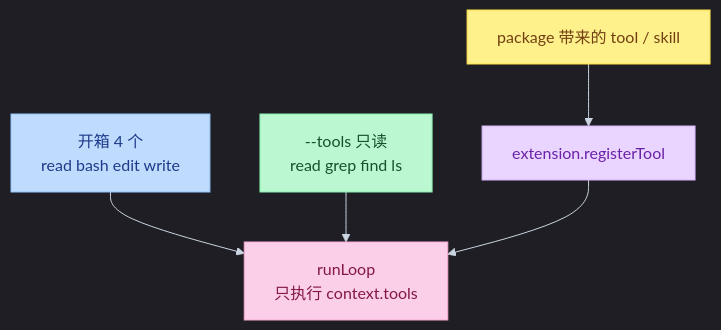
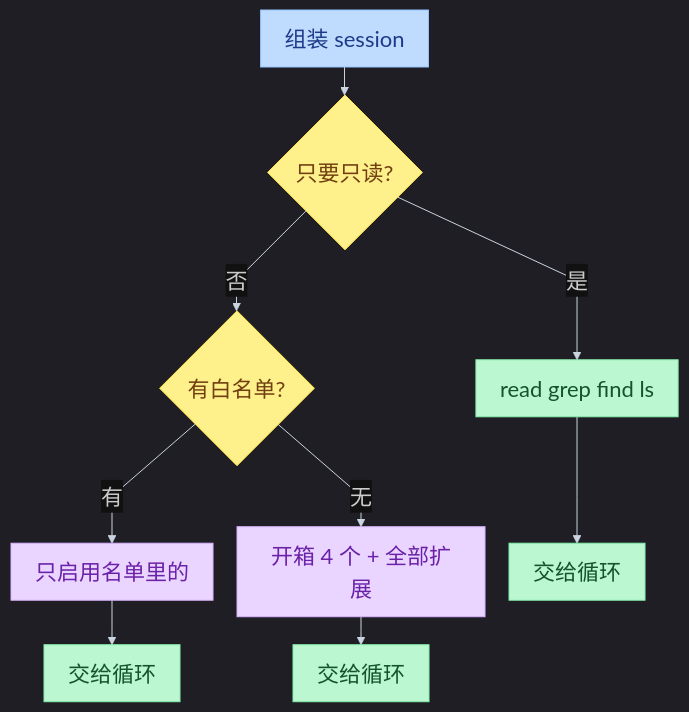
One commit to juliepy/AI-Engineer-from-scrach changed the first of 2 diagrams in 13-pi-agent/07-Capability.md. Above: the diagram before and after it, drawn with Mermaid. The commit also changed other lines of this file and 4 other files, not shown here.

Commit message:
Rewrite Pi sessions through Interactive notes around source call traces and three-layer diagrams.

````diff
--- a/13-pi-agent/07-Capability.md
+++ b/13-pi-agent/07-Capability.md
@@ -29,26 +77,24 @@
 ```mermaid
-%%{init: {"theme": "dark", "themeVariables": {"fontSize": "16px", "background": "#000000", "lineColor": "#CBD5E1", "clusterBkg": "#111111", "clusterBorder": "#C4B5FD", "titleColor": "#FDE68A", "edgeLabelBackground": "#111111"}}}%%
+%%{init: {"theme": "dark", "flowchart": {"curve": "linear", "rankSpacing": 28, "nodeSpacing": 24, "padding": 12, "useMaxWidth": false, "htmlLabels": true}, "themeVariables": {"fontSize": "22px", "background": "#000000", "lineColor": "#CBD5E1", "edgeLabelBackground": "#111111"}, "themeCSS": ".nodeLabel,.label,span{font-size:22px!important}"}}%%
 flowchart TB
-    CORE["runLoop<br/>只执行 context.tools"]
-    DEF["开箱 4 个<br/>read bash edit write"]
-    RO["--tools 只读<br/>read grep find ls"]
-    EXT["extension.registerTool"]
-    PKG["package 带来的 tool / skill"]
+    START["组装 session"] --> RO{"只要只读?"}
+    RO -->|是| R["read grep find ls"]
+    RO -->|否| WL{"有白名单?"}
+    WL -->|有| W["只启用名单里的"]
+    WL -->|无| D["开箱 4 个 + 全部扩展"]
+    R --> ACT1["交给循环"]
+    W --> ACT2["交给循环"]
+    D --> ACT3["交给循环"]
 
-    DEF --> CORE
-    RO --> CORE
-    EXT --> CORE
-    PKG --> EXT
+    classDef start fill:#BFDBFE,stroke:#93C5FD,color:#1E3A8A,font-size:22px
+    classDef dec fill:#FEF08A,stroke:#FDE047,color:#713F12,font-size:22px
+    classDef bad fill:#FBCFE8,stroke:#F9A8D4,color:#831843,font-size:22px
+    classDef prod fill:#E9D5FF,stroke:#D8B4FE,color:#6B21A8,font-size:22px
+    classDef ok fill:#BBF7D0,stroke:#86EFAC,color:#14532D,font-size:22px
 
-    classDef c fill:#FBCFE8,stroke:#F9A8D4,color:#831843
-    classDef a fill:#BFDBFE,stroke:#93C5FD,color:#1E3A8A
-    classDef b fill:#BBF7D0,stroke:#86EFAC,color:#14532D
-    classDef e fill:#E9D5FF,stroke:#D8B4FE,color:#6B21A8
-    classDef p fill:#FEF08A,stroke:#FDE047,color:#713F12
-
-    class CORE c
-    class DEF a
-    class RO b
-    class EXT e
-    class PKG p
+    class START start
+    class RO,WL dec
+    class W,D prod
+    class R ok
+    class ACT1,ACT2,ACT3 ok
 ```
````
